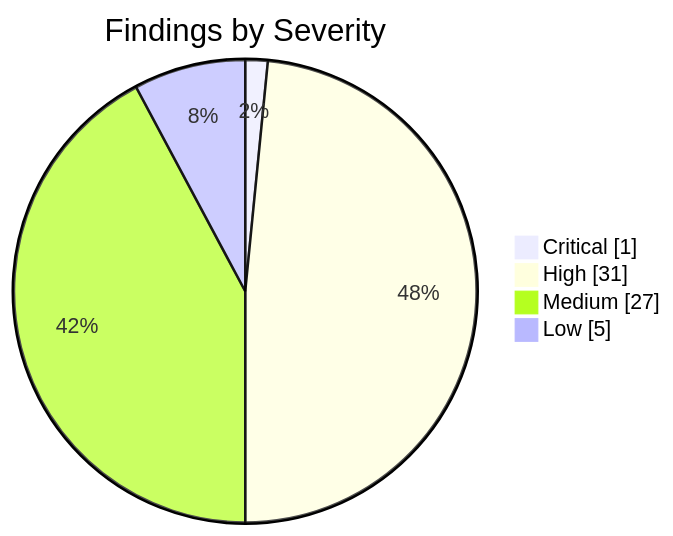
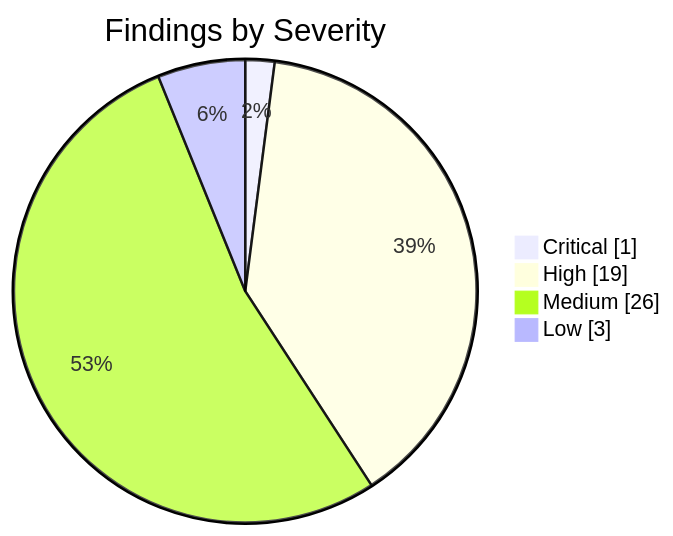
The first of 2 diagrams in apps/kbve/astro-kbve/src/content/docs/dashboard/security.mdx (KBVE/kbve), drawn with Mermaid before and after one commit. The commit also changed other lines of this file and 8 other files, not shown here.

````diff
--- a/apps/kbve/astro-kbve/src/content/docs/dashboard/security.mdx
+++ b/apps/kbve/astro-kbve/src/content/docs/dashboard/security.mdx
@@ -62,8 +62,8 @@
 ```mermaid
 pie showData
     title Findings by Severity
     "Critical" : 1
-    "High" : 31
-    "Medium" : 27
-    "Low" : 5
+    "High" : 19
+    "Medium" : 26
+    "Low" : 3
 ```
````
